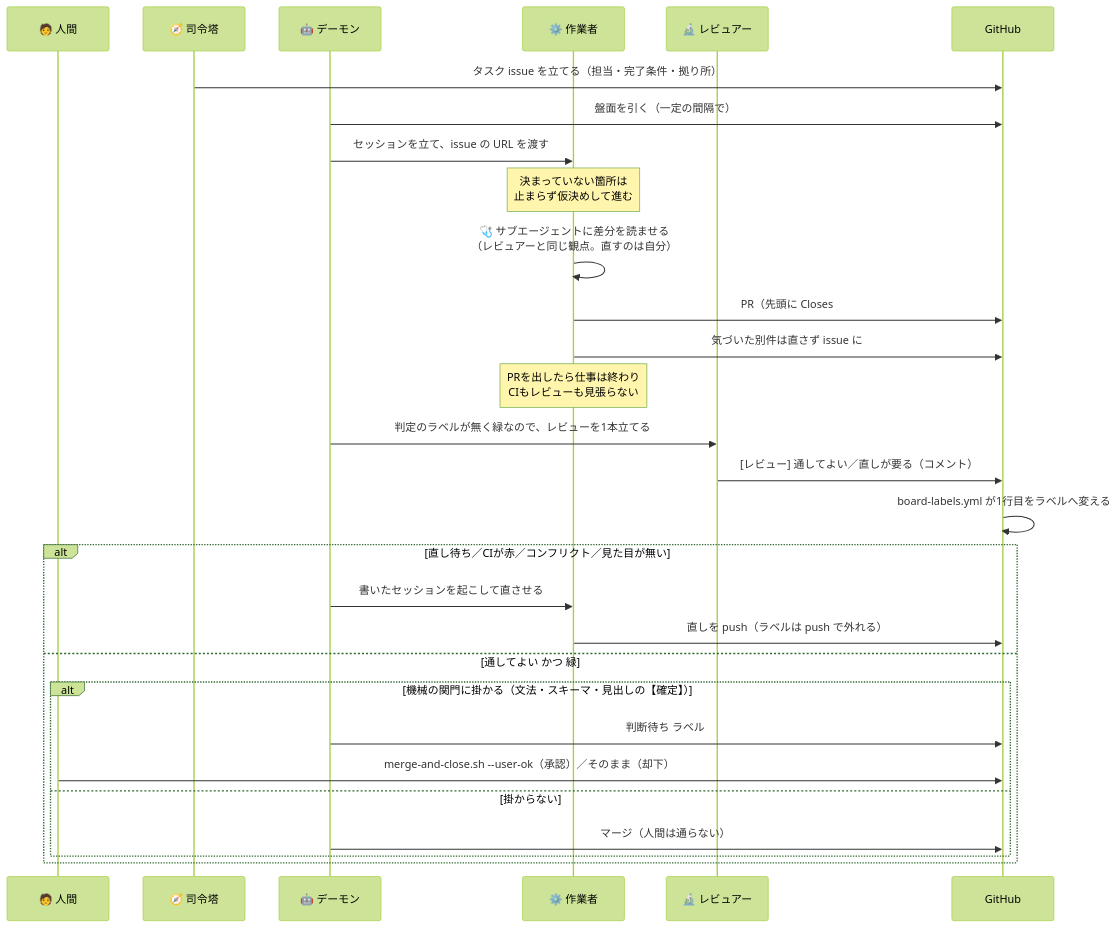
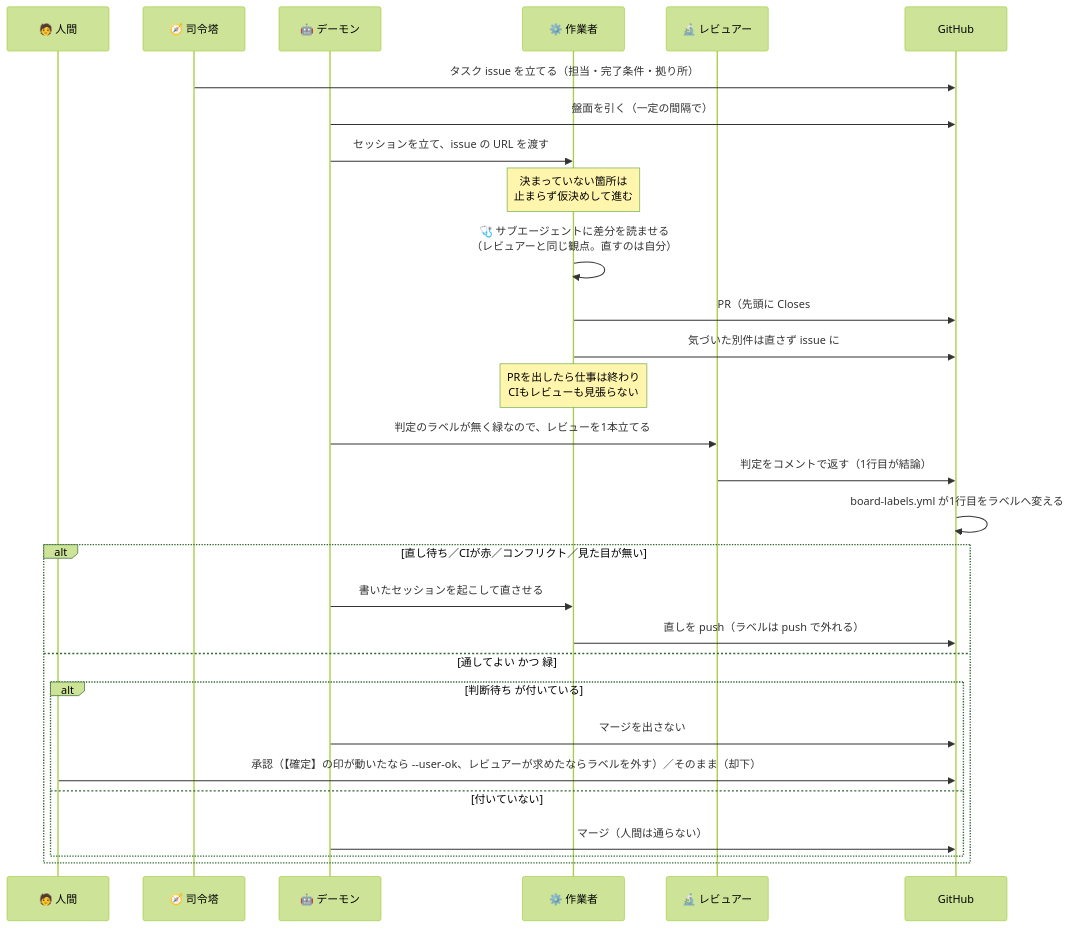
Before and after one commit to gooyyu1/UnmappedIsland: the third of 5 diagrams in docs/ParallelAgents.md, drawn with Mermaid (forest theme). The commit also changed other lines of this file and 13 other files, not shown here.

````diff
--- a/docs/ParallelAgents.md
+++ b/docs/ParallelAgents.md
@@ -203,33 +203,33 @@
 ```mermaid
 sequenceDiagram
     participant H as 🧑 人間
     participant C as 🧭 司令塔
     participant D as 🤖 デーモン
     participant W as ⚙️ 作業者
     participant R as 🔬 レビュアー
     participant G as GitHub
 
     C->>G: タスク issue を立てる（担当・完了条件・拠り所）
     D->>G: 盤面を引く（一定の間隔で）
     D->>W: セッションを立て、issue の URL を渡す
     Note over W: 決まっていない箇所は<br/>止まらず仮決めして進む
     W->>W: 🩺 サブエージェントに差分を読ませる<br/>（レビュアーと同じ観点。直すのは自分）
     W->>G: PR（先頭に Closes #N と ## 仮決め）
     W->>G: 気づいた別件は直さず issue に
     Note over W: PRを出したら仕事は終わり<br/>CIもレビューも見張らない
     D->>R: 判定のラベルが無く緑なので、レビューを1本立てる
-    R->>G: [レビュー] 通してよい／直しが要る（コメント）
+    R->>G: 判定をコメントで返す（1行目が結論）
     G->>G: board-labels.yml が1行目をラベルへ変える
 
     alt 直し待ち／CIが赤／コンフリクト／見た目が無い
         D->>W: 書いたセッションを起こして直させる
         W->>G: 直しを push（ラベルは push で外れる）
     else 通してよい かつ 緑
-        alt 機械の関門に掛かる（文法・スキーマ・見出しの【確定】）
-            D->>G: 判断待ち ラベル
-            H->>G: merge-and-close.sh --user-ok（承認）／そのまま（却下）
-        else 掛からない
+        alt 判断待ち が付いている
+            D->>G: マージを出さない
+            H->>G: 承認（【確定】の印が動いたなら --user-ok、レビュアーが求めたならラベルを外す）／そのまま（却下）
+        else 付いていない
             D->>G: マージ（人間は通らない）
         end
     end
 ```
````
